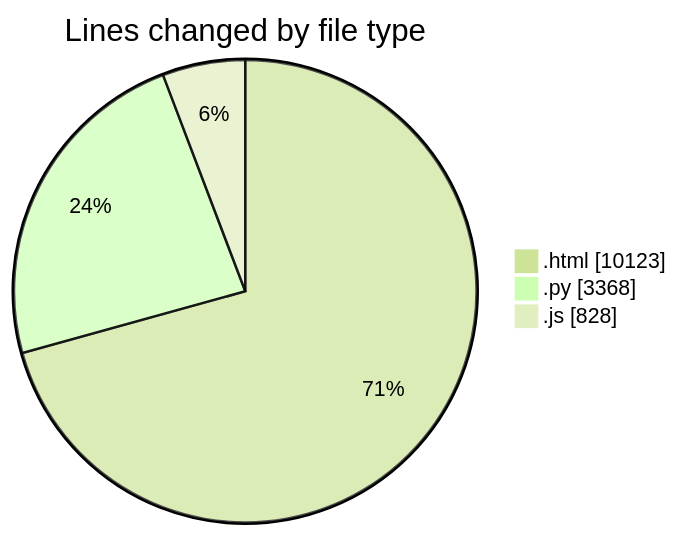
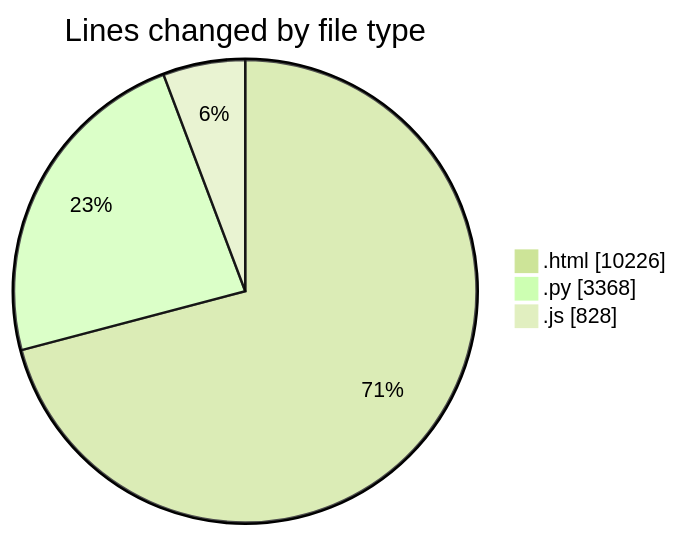
Before and after one commit to shibass792/code-tracking: the first of 2 diagrams in 2026-07-12/untitled__workspace_/README.md, drawn with Mermaid (forest theme). The commit also changed other lines of this file and 1 other file, not shown here.

````diff
--- a/2026-07-12/untitled__workspace_/README.md
+++ b/2026-07-12/untitled__workspace_/README.md
@@ -29,7 +29,7 @@
 ```mermaid
 pie showData
 title Lines changed by file type
-".html" : 10123
+".html" : 10226
 ".py" : 3368
 ".js" : 828
 ```
````
